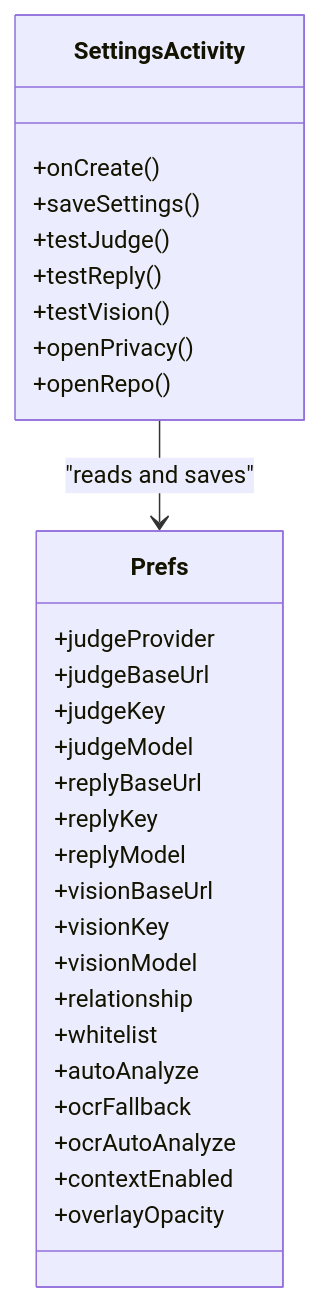
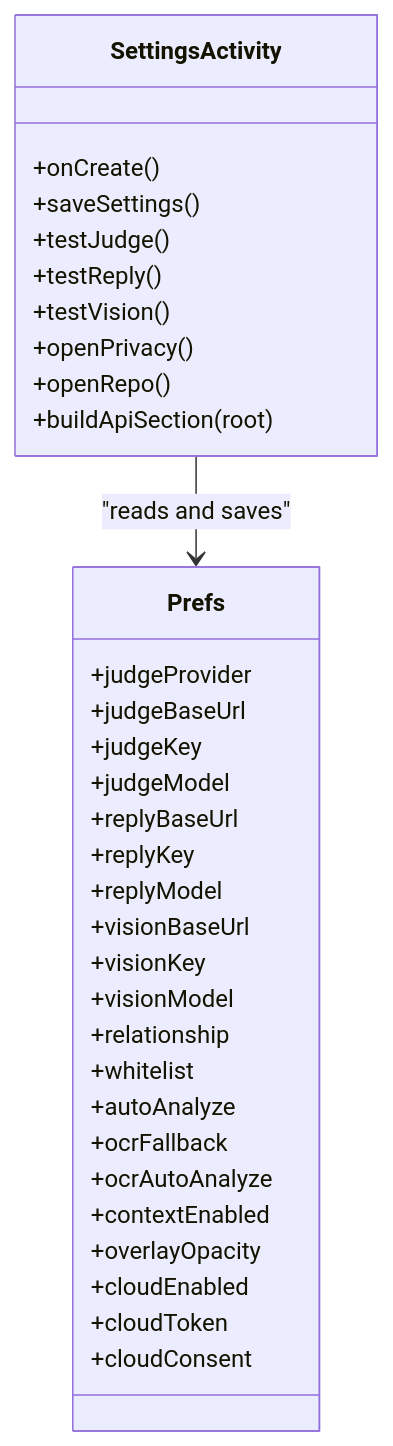
Before and after one commit to DeloYong/jev-chat-jarvis: the fifth of 10 diagrams in .qoder/repowiki/en/content/User Interface Components/Main Application Interface.md, drawn with Mermaid. The commit also changed other lines of this file and 66 other files, not shown here.

````diff
--- a/.qoder/repowiki/en/content/User Interface Components/Main Application Interface.md
+++ b/.qoder/repowiki/en/content/User Interface Components/Main Application Interface.md
@@ -220,32 +264,36 @@
 ```mermaid
 classDiagram
 class SettingsActivity {
 +onCreate()
 +saveSettings()
 +testJudge()
 +testReply()
 +testVision()
 +openPrivacy()
 +openRepo()
++buildApiSection(root)
 }
 class Prefs {
 +judgeProvider
 +judgeBaseUrl
 +judgeKey
 +judgeModel
 +replyBaseUrl
 +replyKey
 +replyModel
 +visionBaseUrl
 +visionKey
 +visionModel
 +relationship
 +whitelist
 +autoAnalyze
 +ocrFallback
 +ocrAutoAnalyze
 +contextEnabled
 +overlayOpacity
++cloudEnabled
++cloudToken
++cloudConsent
 }
 SettingsActivity --> Prefs : "reads and saves"
 ```
````
